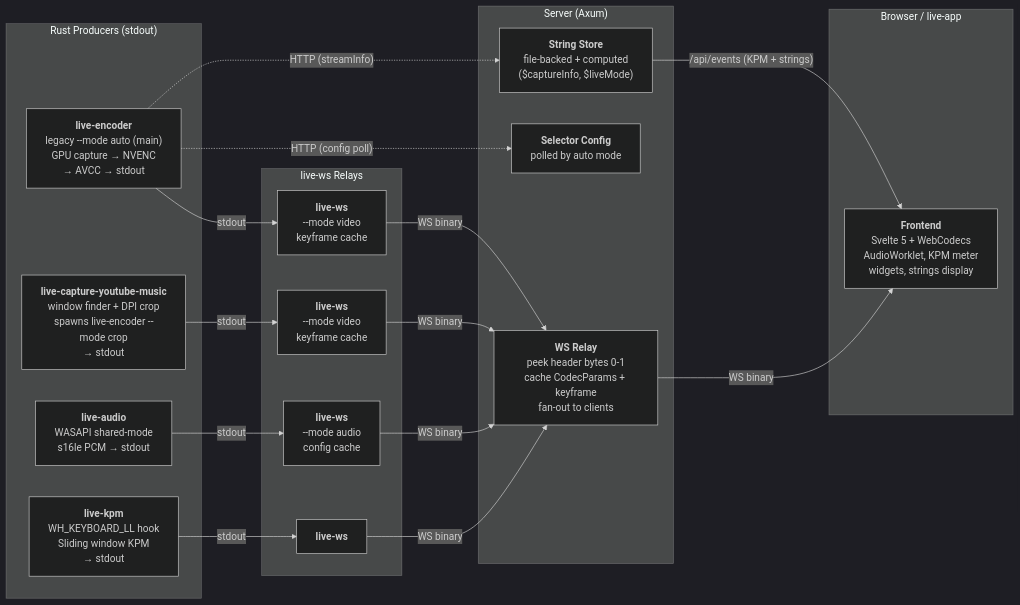
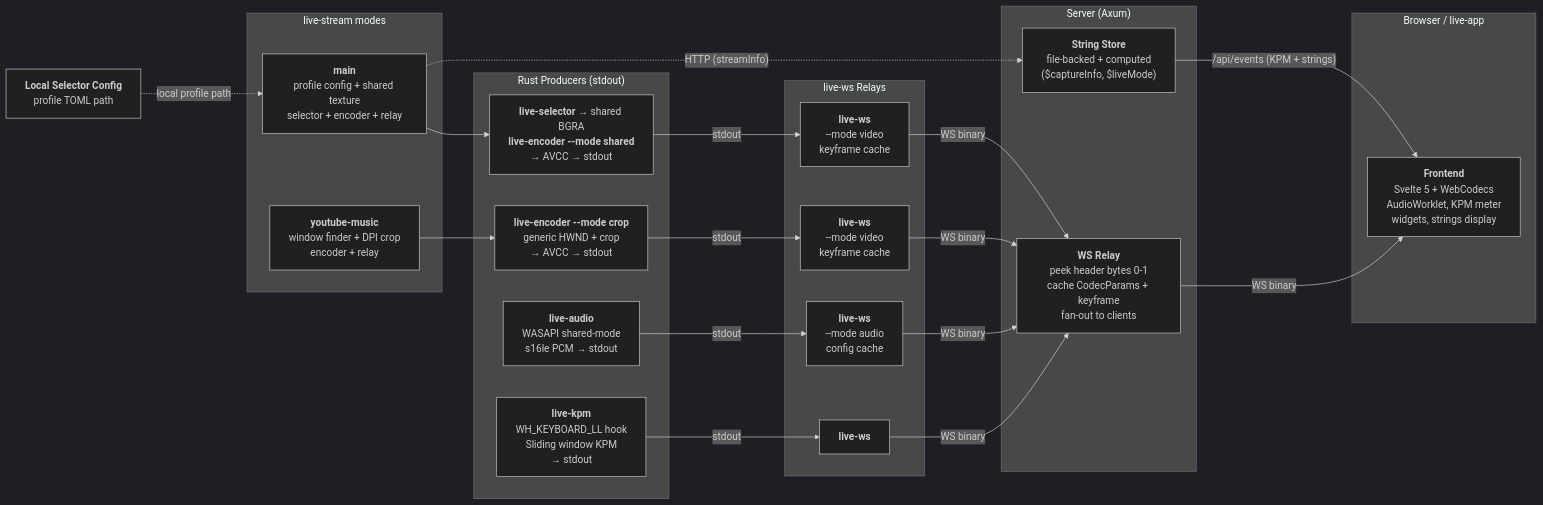
The first of 2 diagrams in docs/README.md (NekomaruQwQ/TurboCapture), drawn with Mermaid (dark theme) before and after one commit. The commit also changed other lines of this file and 12 other files, not shown here.

Commit message:
Integrate special stream supervisor modes

````diff
--- a/docs/README.md
+++ b/docs/README.md
@@ -80,42 +80,50 @@
 ```mermaid
 graph LR
+    subgraph supervisors["live-stream modes"]
+        stream_main["<b>main</b><br/>profile config + shared texture<br/>selector + encoder + relay"]
+        stream_youtube_music["<b>youtube-music</b><br/>window finder + DPI crop<br/>encoder + relay"]
+    end
+
     subgraph producers["Rust Producers (stdout)"]
-        capture_auto["<b>live-encoder</b><br/>legacy --mode auto (main)<br/>GPU capture → NVENC<br/>→ AVCC → stdout"]
-        capture_youtube_music["<b>live-capture-youtube-music</b><br/>window finder + DPI crop<br/>spawns live-encoder --mode crop<br/>→ stdout"]
+        capture_main["<b>live-selector</b> → shared BGRA<br/><b>live-encoder --mode shared</b><br/>→ AVCC → stdout"]
+        capture_youtube_music["<b>live-encoder --mode crop</b><br/>generic HWND + crop<br/>→ AVCC → stdout"]
         audio["<b>live-audio</b><br/>WASAPI shared-mode<br/>s16le PCM → stdout"]
         kpm["<b>live-kpm</b><br/>WH_KEYBOARD_LL hook<br/>Sliding window KPM<br/>→ stdout"]
     end
 
     subgraph relays["live-ws Relays"]
         ws_main["<b>live-ws</b><br/>--mode video<br/>keyframe cache"]
         ws_youtube_music["<b>live-ws</b><br/>--mode video<br/>keyframe cache"]
         ws_audio["<b>live-ws</b><br/>--mode audio<br/>config cache"]
         ws_kpm["<b>live-ws</b>"]
     end
 
+    config["<b>Local Selector Config</b><br/>profile TOML path"]
+
     subgraph server["Server (Axum)"]
         relay["<b>WS Relay</b><br/>peek header bytes 0-1<br/>cache CodecParams + keyframe<br/>fan-out to clients"]
         strings["<b>String Store</b><br/>file-backed + computed<br/>($captureInfo, $liveMode)"]
-        config["<b>Selector Config</b><br/>polled by auto mode"]
     end
 
     subgraph frontend["Browser / live-app"]
         viewer["<b>Frontend</b><br/>Svelte 5 + WebCodecs<br/>AudioWorklet, KPM meter<br/>widgets, strings display"]
     end
 
-    capture_auto -- "stdout" --> ws_main
+    stream_main --> capture_main
+    stream_youtube_music --> capture_youtube_music
+    capture_main -- "stdout" --> ws_main
     capture_youtube_music -- "stdout" --> ws_youtube_music
     audio -- "stdout" --> ws_audio
     kpm -- "stdout" --> ws_kpm
 
     ws_main -- "WS binary" --> relay
     ws_youtube_music -- "WS binary" --> relay
     ws_audio -- "WS binary" --> relay
     ws_kpm -- "WS binary" --> relay
 
-    capture_auto -. "HTTP (config poll)" .-> config
-    capture_auto -. "HTTP (streamInfo)" .-> strings
+    config -. "local profile path" .-> stream_main
+    stream_main -. "HTTP (streamInfo)" .-> strings
 
     relay -- "WS binary" --> viewer
     strings -- "/api/events (KPM + strings)" --> viewer
 ```
````
